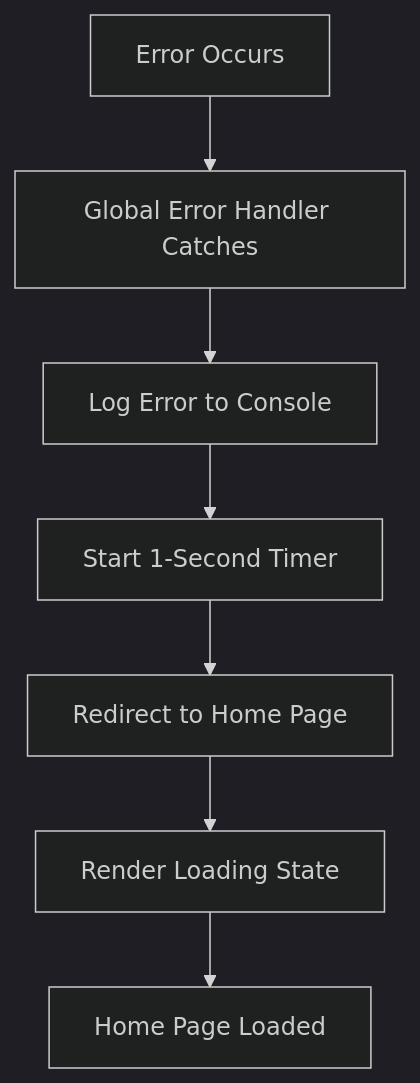
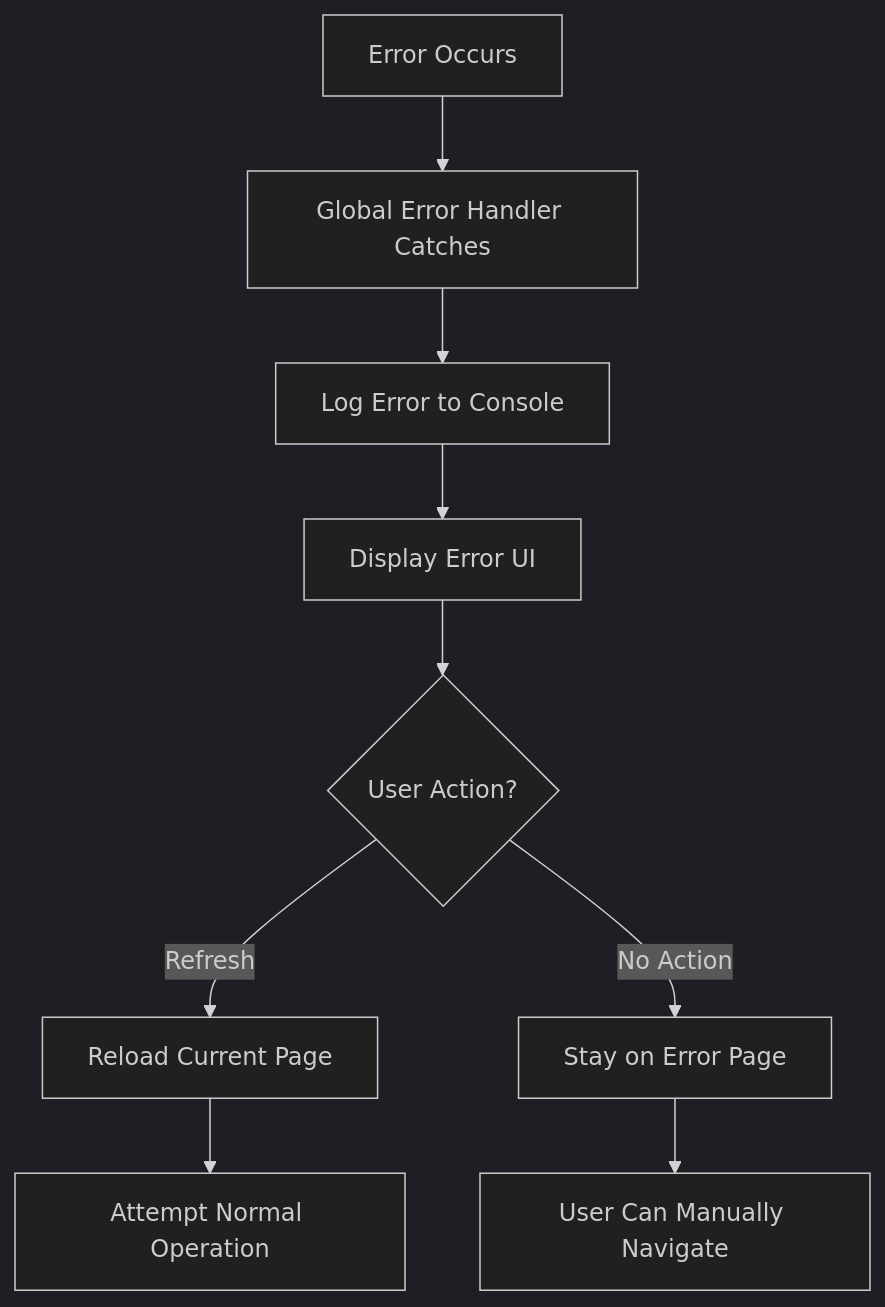
The third of 4 diagrams in .qoder/repowiki/en/content/Error Handling Strategy.md (amiirbazzii/Expense-Tracker---Warp), drawn with Mermaid (dark theme) before and after one commit. The commit also changed other lines of this file and 16 other files, not shown here.

````diff
--- a/.qoder/repowiki/en/content/Error Handling Strategy.md
+++ b/.qoder/repowiki/en/content/Error Handling Strategy.md
@@ -250,9 +293,11 @@
 ```mermaid
 flowchart TD
 A[Error Occurs] --> B[Global Error Handler Catches]
 B --> C[Log Error to Console]
-C --> D[Start 1-Second Timer]
-D --> E[Redirect to Home Page]
-E --> F[Render Loading State]
-F --> G[Home Page Loaded]
+C --> D[Display Error UI]
+D --> E{User Action?}
+E --> |Refresh| F[Reload Current Page]
+E --> |No Action| G[Stay on Error Page]
+F --> H[Attempt Normal Operation]
+G --> I[User Can Manually Navigate]
 ```
````
